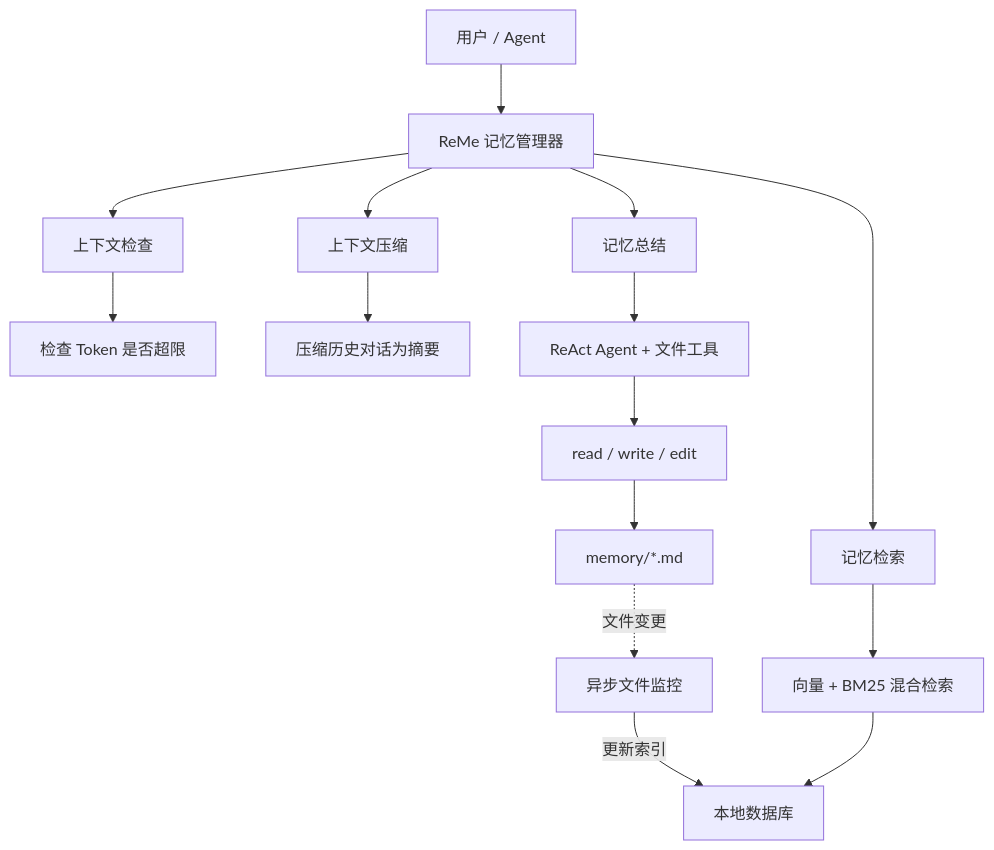
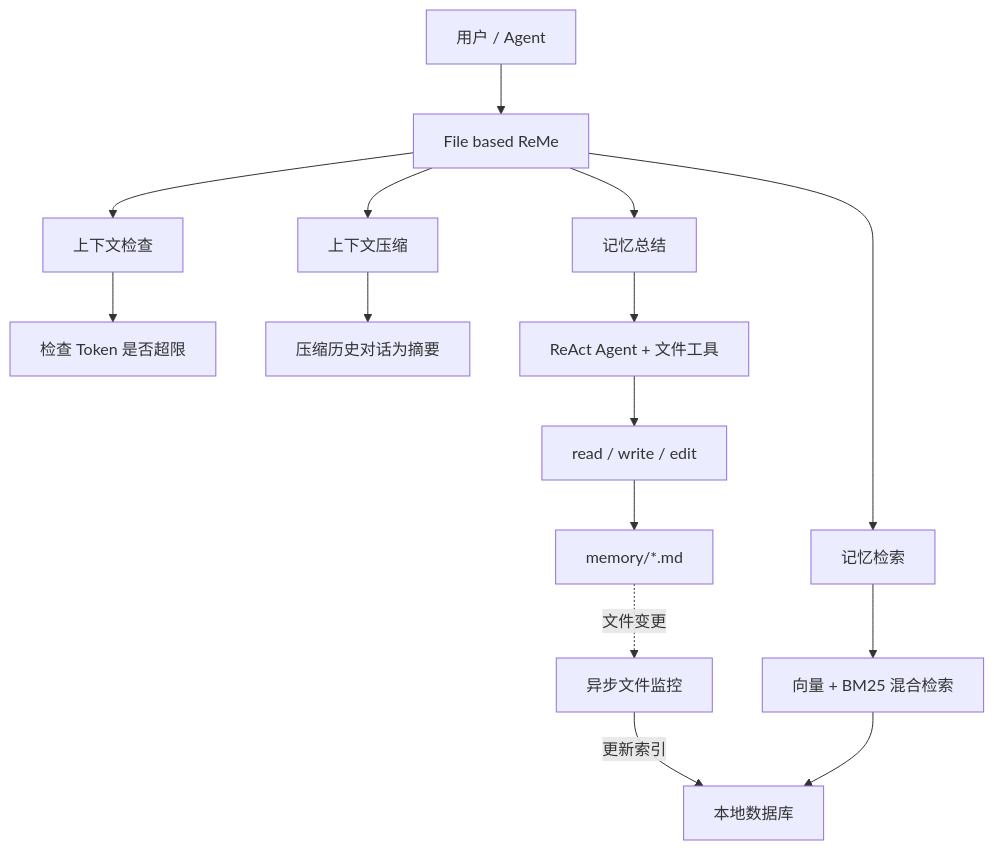
One commit to codingwatching/ReMe changed the first of 4 diagrams in README.md. Above: the diagram before and after it, drawn with Mermaid. The commit also changed other lines of this file, not shown here.

````diff
--- a/README.md
+++ b/README.md
@@ -92,17 +92,17 @@
 ```mermaid
 graph TB
-    User[用户 / Agent] --> ReMeFb[ReMe 记忆管理器]
+    User[用户 / Agent] --> ReMeFb[File based ReMe]
     ReMeFb --> ContextCheck[上下文检查]
     ReMeFb --> Compact[上下文压缩]
     ReMeFb --> Summary[记忆总结]
     ReMeFb --> Search[记忆检索]
     ContextCheck --> FbContextChecker[检查 Token 是否超限]
     Compact --> FbCompactor[压缩历史对话为摘要]
     Summary --> FbSummarizer[ReAct Agent + 文件工具]
     Search --> MemorySearch[向量 + BM25 混合检索]
     FbSummarizer --> FileTools[read / write / edit]
     FileTools --> MemoryFiles[memory/*.md]
     MemoryFiles -.->|文件变更| FileWatcher[异步文件监控]
     FileWatcher -->|更新索引| FileStore[本地数据库]
     MemorySearch --> FileStore
 ```
````
